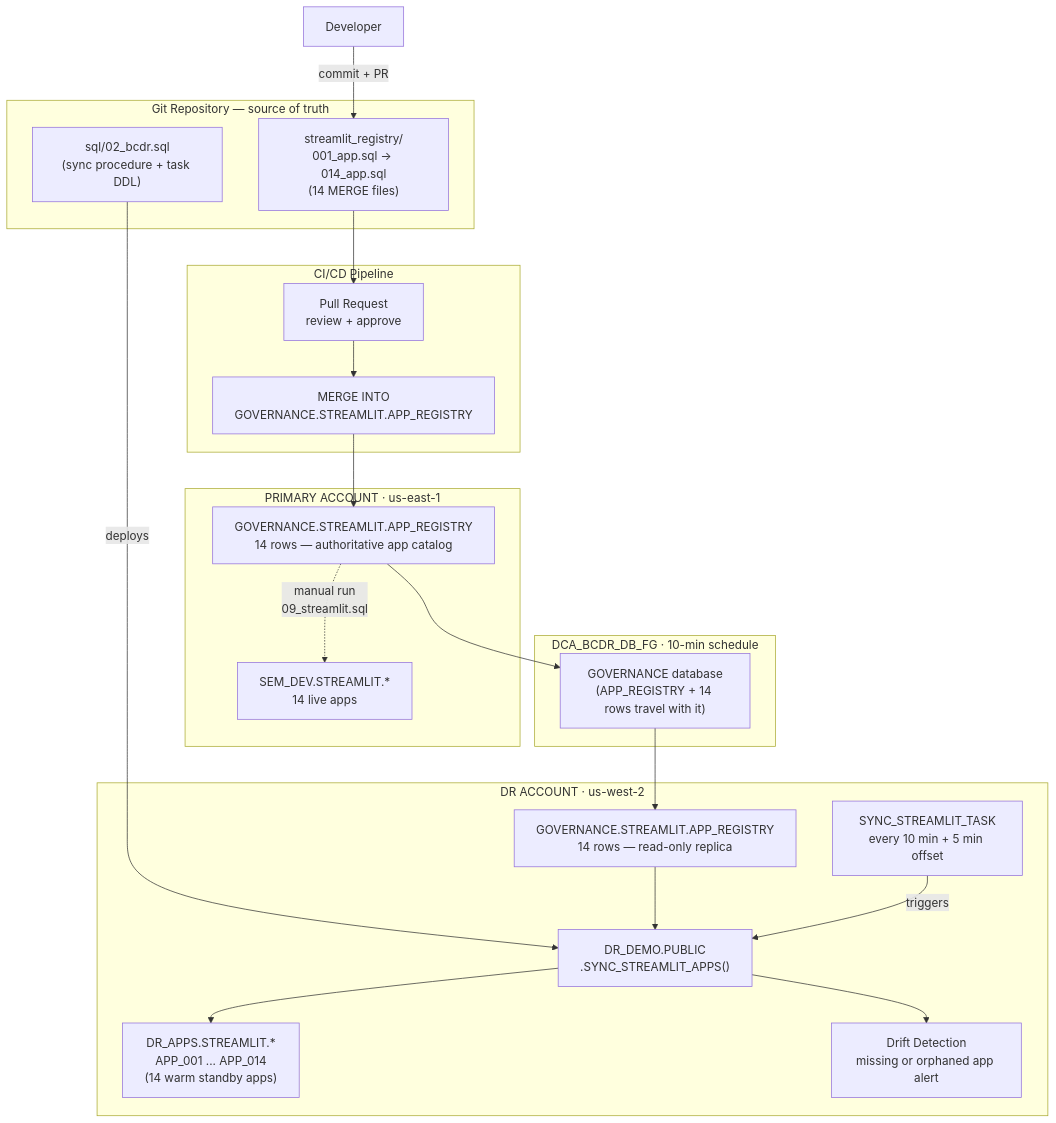
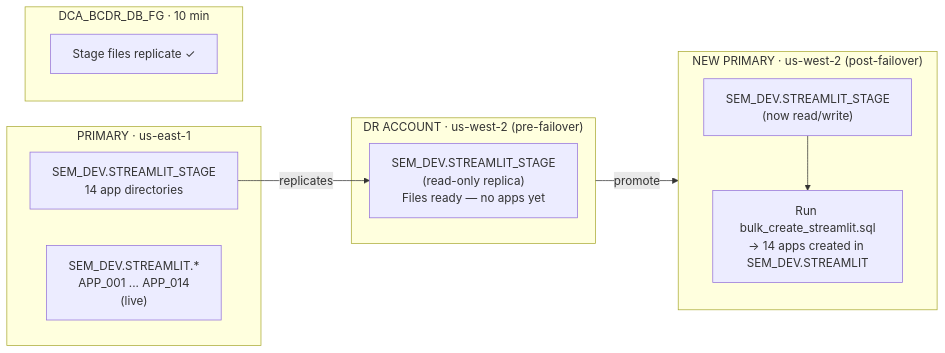
The second of 3 diagrams in docs/BCDR_STREAMLIT_REGISTRY_PATTERN.md (sfc-gh-smitchener-1/snowflake-dca-fullstack-demo), drawn with Mermaid before and after one commit. The commit also changed other lines of this file, not shown here.

````diff
--- a/docs/BCDR_STREAMLIT_REGISTRY_PATTERN.md
+++ b/docs/BCDR_STREAMLIT_REGISTRY_PATTERN.md
@@ -184,39 +147,24 @@
 ```mermaid
-flowchart TB
-    subgraph GIT["Git Repository — source of truth"]
-        REG["streamlit_registry/\n001_app.sql → 014_app.sql\n(14 MERGE files)"]
-        PROC["sql/02_bcdr.sql\n(sync procedure + task DDL)"]
+flowchart LR
+    subgraph PRIMARY["PRIMARY · us-east-1"]
+        STG["SEM_DEV.STREAMLIT_STAGE\n14 app directories"]
+        APPS_P["SEM_DEV.STREAMLIT.*\nAPP_001 ... APP_014\n(live)"]
     end
 
-    subgraph CICD["CI/CD Pipeline"]
-        PR["Pull Request\nreview + approve"]
-        PIPE["MERGE INTO\nGOVERNANCE.STREAMLIT.APP_REGISTRY"]
+    subgraph FG["DCA_BCDR_DB_FG · 10 min"]
+        F1["Stage files replicate ✓"]
     end
 
-    subgraph PRIMARY["PRIMARY ACCOUNT · us-east-1"]
-        REG_TABLE["GOVERNANCE.STREAMLIT.APP_REGISTRY\n14 rows — authoritative app catalog"]
-        LIVE_APPS["SEM_DEV.STREAMLIT.*\n14 live apps"]
+    subgraph DR["DR ACCOUNT · us-west-2 (pre-failover)"]
+        STG_R["SEM_DEV.STREAMLIT_STAGE\n(read-only replica)\nFiles ready — no apps yet"]
     end
 
-    subgraph FG["DCA_BCDR_DB_FG · 10-min schedule"]
-        REPL["GOVERNANCE database\n(APP_REGISTRY + 14 rows travel with it)"]
+    subgraph PROMOTED["NEW PRIMARY · us-west-2 (post-failover)"]
+        STG_P["SEM_DEV.STREAMLIT_STAGE\n(now read/write)"]
+        SCRIPT["Run bulk_create_streamlit.sql\n→ 14 apps created in SEM_DEV.STREAMLIT"]
     end
 
-    subgraph SECONDARY["DR ACCOUNT · us-west-2"]
-        REG_REPLICA["GOVERNANCE.STREAMLIT.APP_REGISTRY\n14 rows — read-only replica"]
-        SYNC["DR_DEMO.PUBLIC\n.SYNC_STREAMLIT_APPS()"]
-        TASK["SYNC_STREAMLIT_TASK\nevery 10 min + 5 min offset"]
-        STANDBY["DR_APPS.STREAMLIT.*\nAPP_001 ... APP_014\n(14 warm standby apps)"]
-        DRIFT["Drift Detection\nmissing or orphaned app alert"]
-    end
-
-    DEV["Developer"] -->|commit + PR| REG
-    REG --> PR --> PIPE --> REG_TABLE
-    PROC -->|deploys| SYNC
-    REG_TABLE --> REPL --> REG_REPLICA
-    REG_REPLICA --> SYNC
-    TASK -->|triggers| SYNC
-    SYNC --> STANDBY
-    SYNC --> DRIFT
-    REG_TABLE -.->|manual run\n09_streamlit.sql| LIVE_APPS
+    STG -->|replicates| STG_R
+    DR -->|promote| PROMOTED
+    STG_P --> SCRIPT
 ```
````
